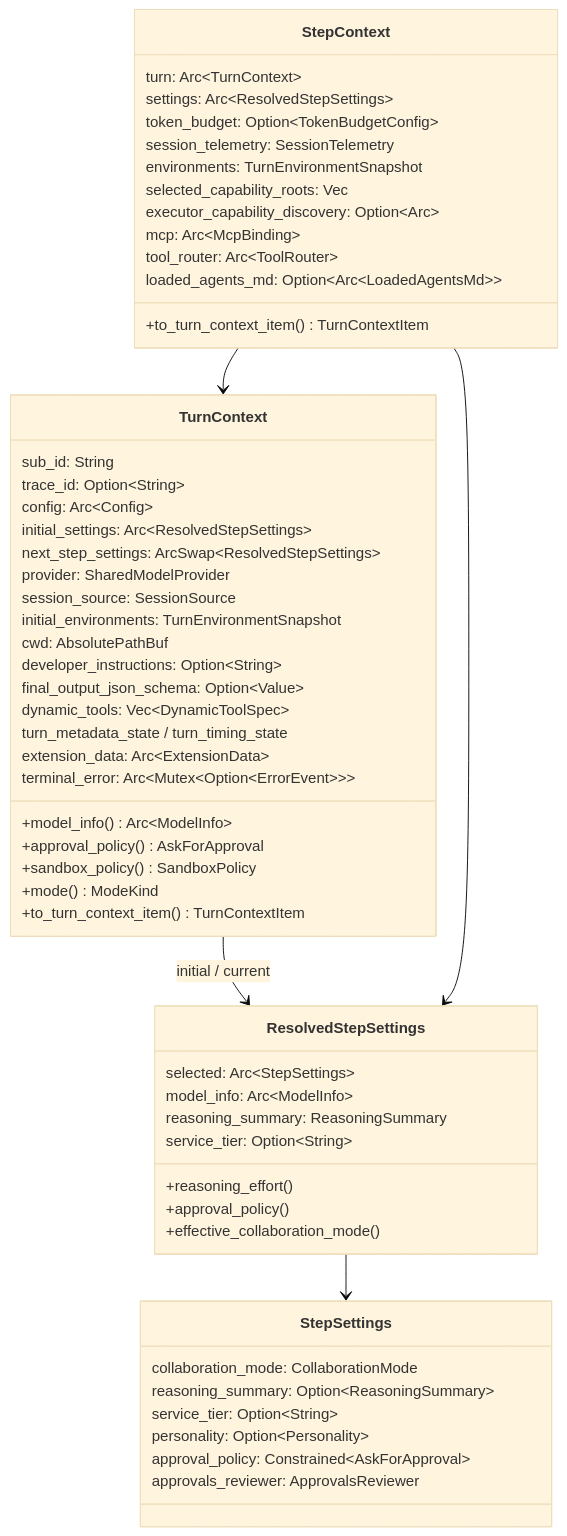
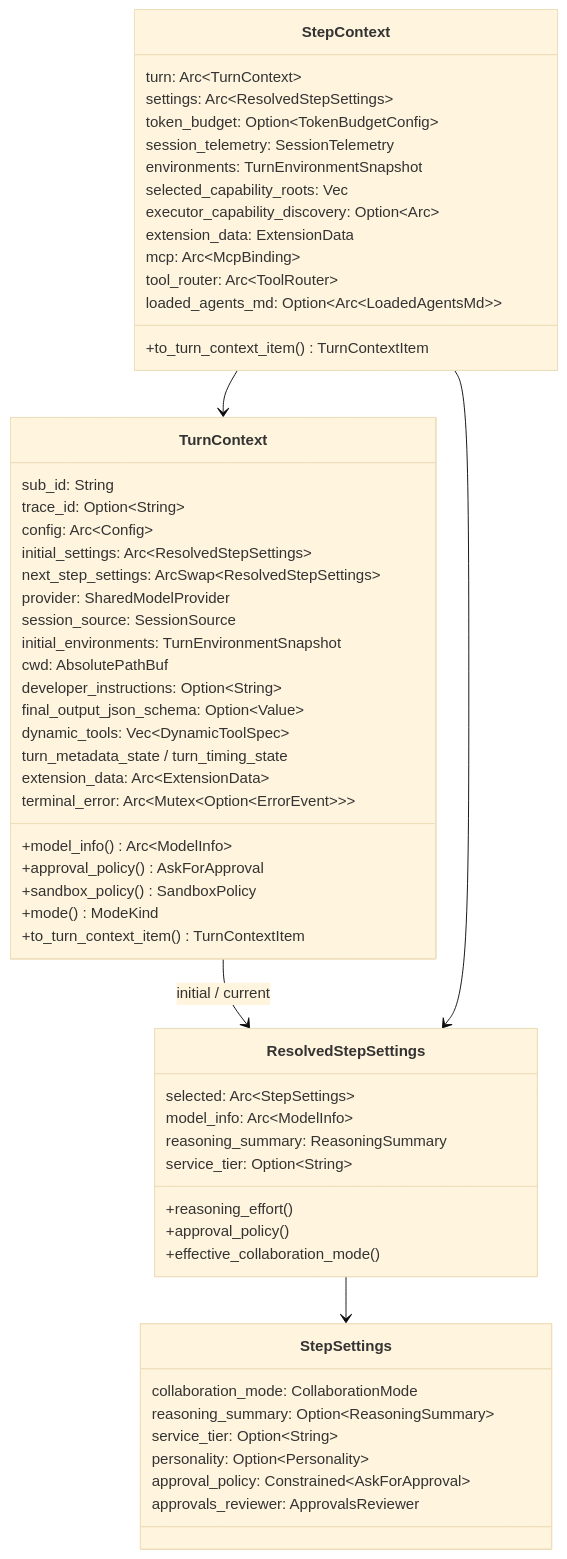
One commit to nickqiaoo/nickqiaoo.github.io changed diagram 11 of 32 in src/content/post/agents-codex/index.md. Above: the diagram before and after it, drawn with Mermaid (base theme). The commit also changed other lines of this file and 1 other file, not shown here.

````diff
--- a/src/content/post/agents-codex/index.md
+++ b/src/content/post/agents-codex/index.md
@@ -683,59 +683,60 @@
 ```mermaid
 classDiagram
   class TurnContext {
     sub_id: String
     trace_id: Option~String~
     config: Arc~Config~
     initial_settings: Arc~ResolvedStepSettings~
     next_step_settings: ArcSwap~ResolvedStepSettings~
     provider: SharedModelProvider
     session_source: SessionSource
     initial_environments: TurnEnvironmentSnapshot
     cwd: AbsolutePathBuf
     developer_instructions: Option~String~
     final_output_json_schema: Option~Value~
     dynamic_tools: Vec~DynamicToolSpec~
     turn_metadata_state / turn_timing_state
     extension_data: Arc~ExtensionData~
     terminal_error: Arc~Mutex~Option~ErrorEvent~~~
     +model_info() Arc~ModelInfo~
     +approval_policy() AskForApproval
     +sandbox_policy() SandboxPolicy
     +mode() ModeKind
     +to_turn_context_item() TurnContextItem
   }
   class ResolvedStepSettings {
     selected: Arc~StepSettings~
     model_info: Arc~ModelInfo~
     reasoning_summary: ReasoningSummary
     service_tier: Option~String~
     +reasoning_effort()
     +approval_policy()
     +effective_collaboration_mode()
   }
   class StepSettings {
     collaboration_mode: CollaborationMode
     reasoning_summary: Option~ReasoningSummary~
     service_tier: Option~String~
     personality: Option~Personality~
     approval_policy: Constrained~AskForApproval~
     approvals_reviewer: ApprovalsReviewer
   }
   class StepContext {
     turn: Arc~TurnContext~
     settings: Arc~ResolvedStepSettings~
     token_budget: Option~TokenBudgetConfig~
     session_telemetry: SessionTelemetry
     environments: TurnEnvironmentSnapshot
     selected_capability_roots: Vec
     executor_capability_discovery: Option~Arc~
+    extension_data: ExtensionData
     mcp: Arc~McpBinding~
     tool_router: Arc~ToolRouter~
     loaded_agents_md: Option~Arc~LoadedAgentsMd~~
     +to_turn_context_item() TurnContextItem
   }
   TurnContext --> ResolvedStepSettings : initial / current
   ResolvedStepSettings --> StepSettings
   StepContext --> TurnContext
   StepContext --> ResolvedStepSettings
 ```
````
